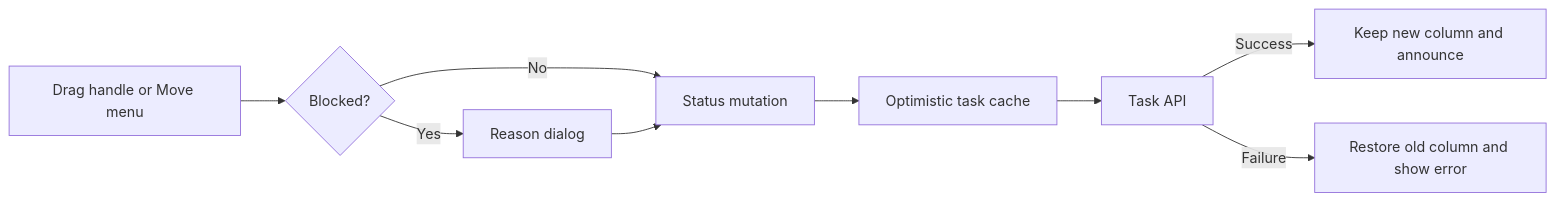
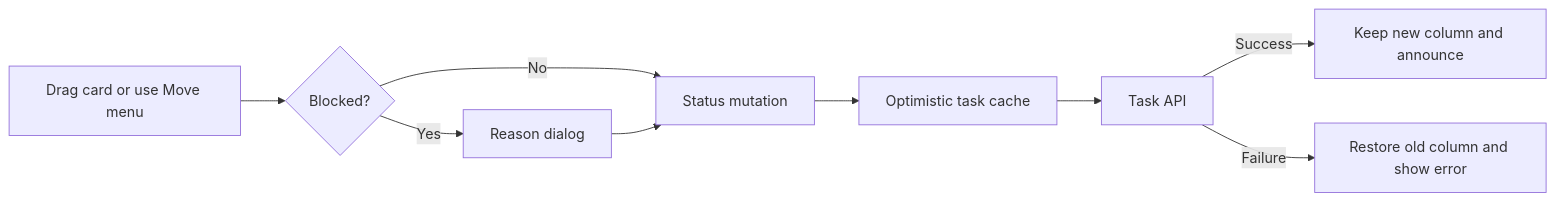
The diagram in docs/features/work-tracker-kanban/optimization.md (may24fc/sn-connect-app), drawn with Mermaid before and after one commit. The commit also changed other lines of this file and 3 other files, not shown here.

Commit message:
feat(work-tracker): drag Kanban cards from anywhere on the card

````diff
--- a/docs/features/work-tracker-kanban/optimization.md
+++ b/docs/features/work-tracker-kanban/optimization.md
@@ -16,11 +16,11 @@
 ```mermaid
 flowchart LR
-    A[Drag handle or Move menu] --> B{Blocked?}
+    A[Drag card or use Move menu] --> B{Blocked?}
     B -- Yes --> C[Reason dialog]
     B -- No --> D[Status mutation]
     C --> D
     D --> E[Optimistic task cache]
     E --> F[Task API]
     F -- Success --> G[Keep new column and announce]
     F -- Failure --> H[Restore old column and show error]
 ```
````
